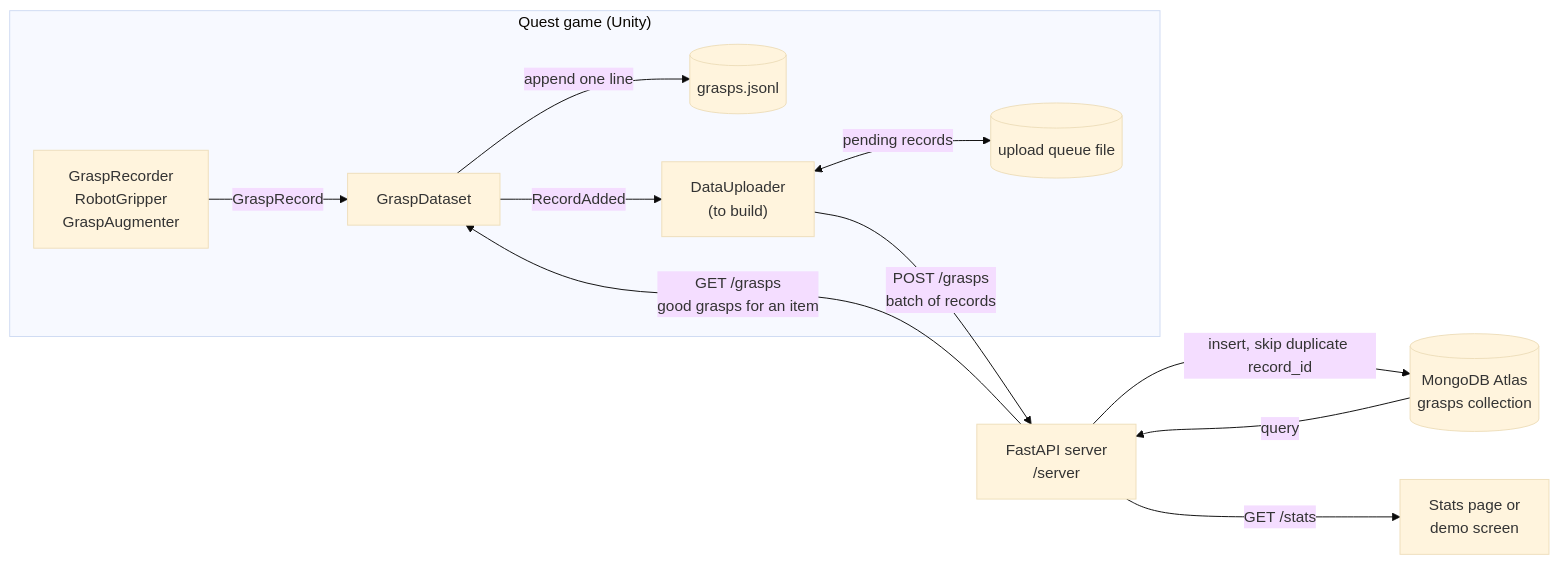
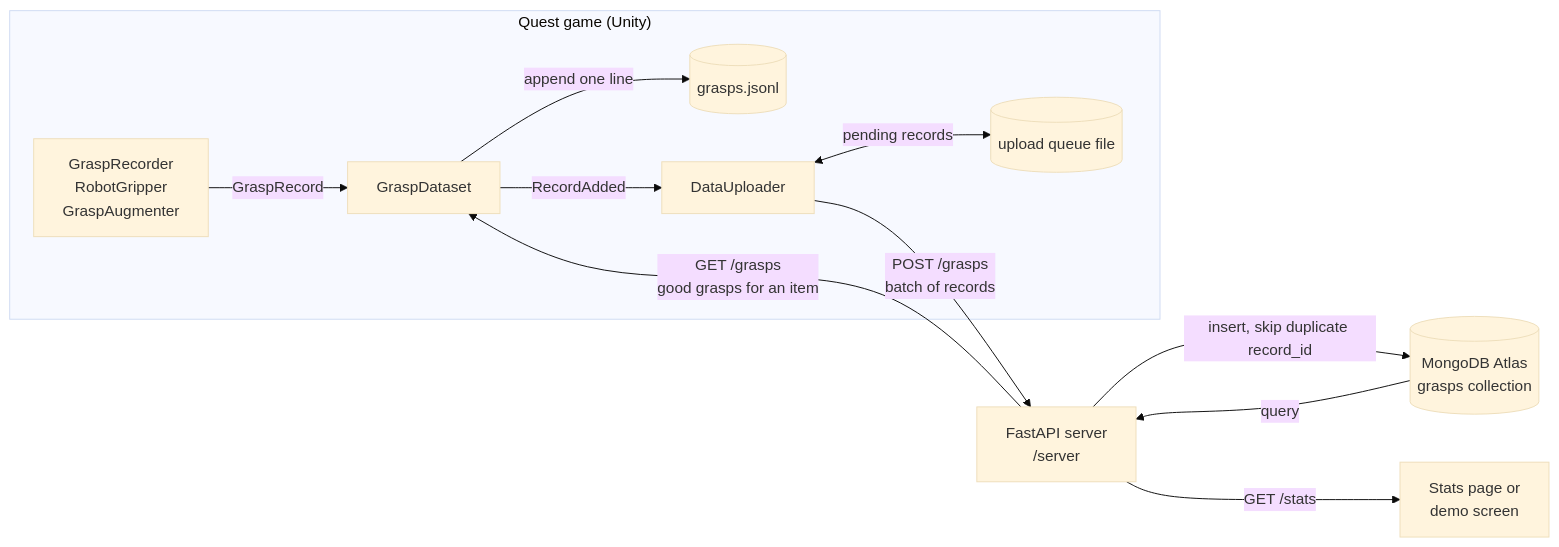
Before and after one commit to hornkrn/HackGT-SortQuest: the diagram in README.md, drawn with Mermaid (base theme). The commit also changed other lines of this file and 22 other files, not shown here.

````diff
--- a/README.md
+++ b/README.md
@@ -121,14 +121,14 @@
 ```mermaid
 flowchart LR
     subgraph Quest["Quest game (Unity)"]
         R["GraspRecorder<br/>RobotGripper<br/>GraspAugmenter"] -->|GraspRecord| D[GraspDataset]
         D -->|append one line| F[("grasps.jsonl")]
-        D -->|RecordAdded| U["DataUploader<br/>(to build)"]
+        D -->|RecordAdded| U["DataUploader"]
         U <-->|pending records| Q[("upload queue file")]
     end
     U -->|"POST /grasps<br/>batch of records"| A["FastAPI server<br/>/server"]
     A -->|"insert, skip duplicate record_id"| M[("MongoDB Atlas<br/>grasps collection")]
     M -->|query| A
     A -->|"GET /grasps<br/>good grasps for an item"| D
     A -->|"GET /stats"| W["Stats page or<br/>demo screen"]
 ```
````
